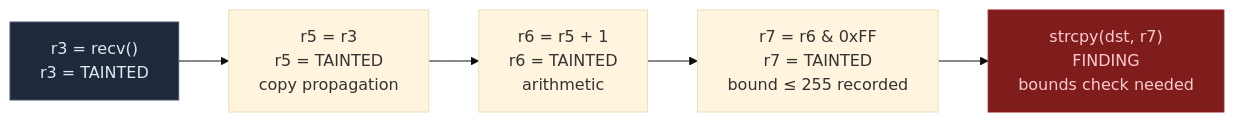
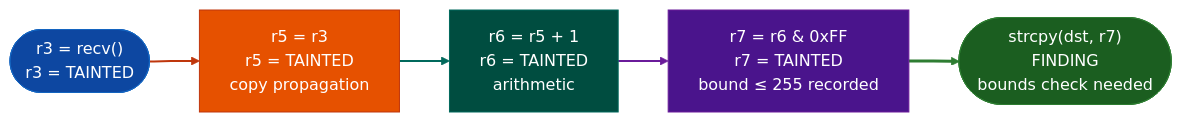
One commit to Ablation-Tool/ablation changed the tenth of 22 diagrams in docs/overview.md. Above: the diagram before and after it, drawn with Mermaid (base theme). The commit also changed other lines of this file and 320 other files, not shown here.

First line of the commit message:
docs: apply canonical Mermaid template to all 321 diagrams

````diff
--- a/docs/overview.md
+++ b/docs/overview.md
@@ -250,10 +322,17 @@
 ```mermaid
 flowchart LR
-    A["r3 = recv()\nr3 = TAINTED"] --> B["r5 = r3\nr5 = TAINTED\ncopy propagation"]
-    B --> C["r6 = r5 + 1\nr6 = TAINTED\narithmetic"]
-    C --> D["r7 = r6 & 0xFF\nr7 = TAINTED\nbound ≤ 255 recorded"]
-    D --> E["strcpy(dst, r7)\nFINDING\nbounds check needed"]
-
-    style A fill:#1e293b,stroke:#475569,color:#e2e8f0
-    style E fill:#7f1d1d,stroke:#991b1b,color:#fecaca
+    A(["r3 = recv()\nr3 = TAINTED"]):::input --> B["r5 = r3\nr5 = TAINTED\ncopy propagation"]:::primary
+    B:::primary --> C["r6 = r5 + 1\nr6 = TAINTED\narithmetic"]:::secondary
+    C:::secondary --> D["r7 = r6 & 0xFF\nr7 = TAINTED\nbound ≤ 255 recorded"]:::tertiary
+    D:::tertiary --> E(["strcpy(dst, r7)\nFINDING\nbounds check needed"]):::output
+    classDef input     fill:#0d47a1,stroke:#1565c0,color:#fff
+    classDef primary   fill:#e65100,stroke:#bf360c,color:#fff
+    classDef secondary fill:#004d40,stroke:#00695c,color:#fff
+    classDef tertiary  fill:#4a148c,stroke:#6a1b9a,color:#fff
+    classDef neutral   fill:#37474f,stroke:#546e7a,color:#fff
+    classDef output    fill:#1b5e20,stroke:#2e7d32,color:#fff
+    linkStyle 0 stroke:#bf360c,stroke-width:2px
+    linkStyle 1 stroke:#00695c,stroke-width:2px
+    linkStyle 2 stroke:#6a1b9a,stroke-width:2px
+    linkStyle 3 stroke:#2e7d32,stroke-width:3px
 ```
````
